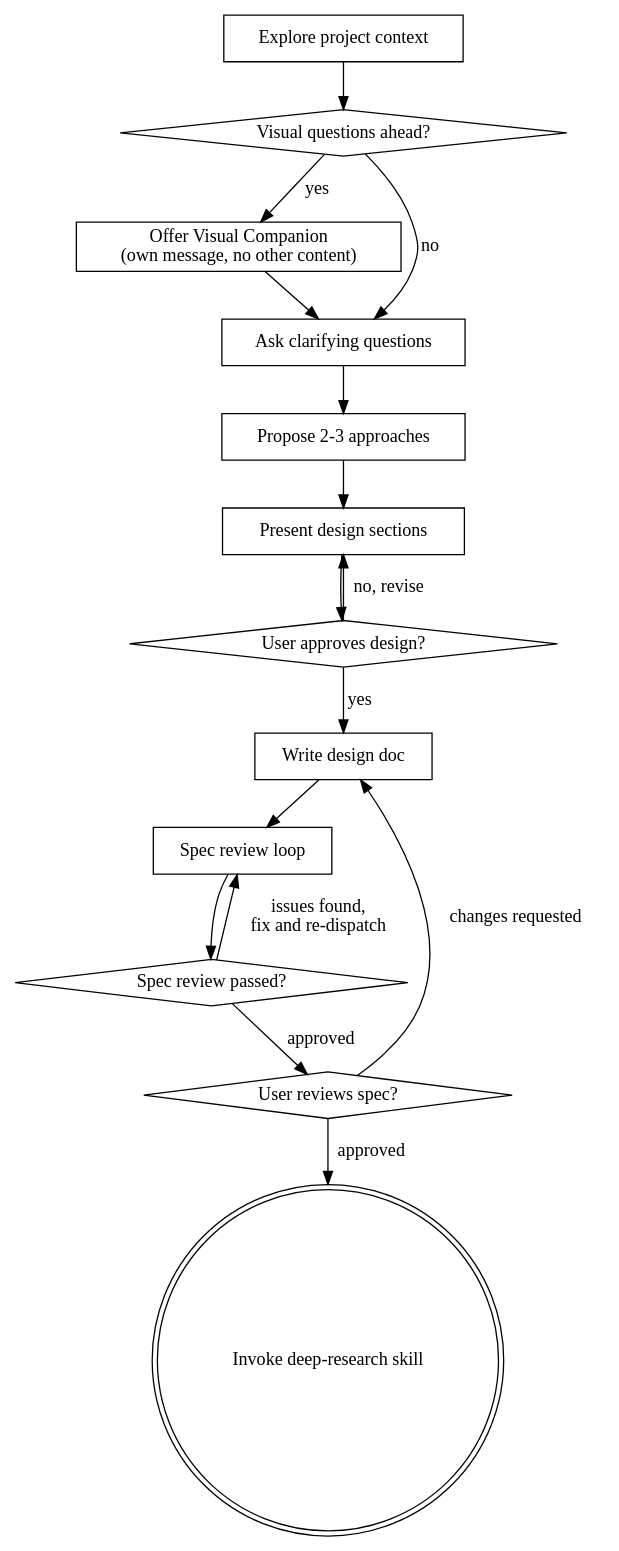
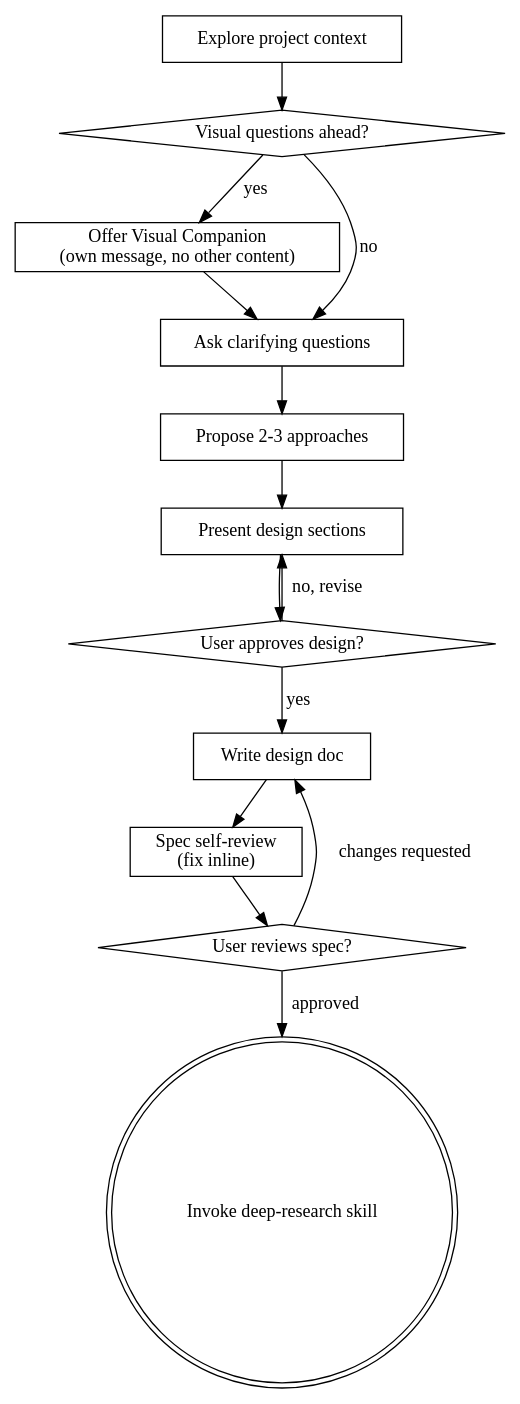
The diagram in skills/brainstorming/SKILL.md (obra/superpowers), drawn with Graphviz before and after one commit. The commit also changed other lines of this file and 1 other file, not shown here.

First line of the commit message:
Reapply "Replace subagent review loops with lightweight inline self-review"

````diff
--- a/skills/brainstorming/SKILL.md
+++ b/skills/brainstorming/SKILL.md
@@ -37,32 +37,29 @@
 ```dot
 digraph brainstorming {
     "Explore project context" [shape=box];
     "Visual questions ahead?" [shape=diamond];
     "Offer Visual Companion\n(own message, no other content)" [shape=box];
     "Ask clarifying questions" [shape=box];
     "Propose 2-3 approaches" [shape=box];
     "Present design sections" [shape=box];
     "User approves design?" [shape=diamond];
     "Write design doc" [shape=box];
-    "Spec review loop" [shape=box];
-    "Spec review passed?" [shape=diamond];
+    "Spec self-review\n(fix inline)" [shape=box];
     "User reviews spec?" [shape=diamond];
     "Invoke deep-research skill" [shape=doublecircle];
 
     "Explore project context" -> "Visual questions ahead?";
     "Visual questions ahead?" -> "Offer Visual Companion\n(own message, no other content)" [label="yes"];
     "Visual questions ahead?" -> "Ask clarifying questions" [label="no"];
     "Offer Visual Companion\n(own message, no other content)" -> "Ask clarifying questions";
     "Ask clarifying questions" -> "Propose 2-3 approaches";
     "Propose 2-3 approaches" -> "Present design sections";
     "Present design sections" -> "User approves design?";
     "User approves design?" -> "Present design sections" [label="no, revise"];
     "User approves design?" -> "Write design doc" [label="yes"];
-    "Write design doc" -> "Spec review loop";
-    "Spec review loop" -> "Spec review passed?";
-    "Spec review passed?" -> "Spec review loop" [label="issues found,\nfix and re-dispatch"];
-    "Spec review passed?" -> "User reviews spec?" [label="approved"];
+    "Write design doc" -> "Spec self-review\n(fix inline)";
+    "Spec self-review\n(fix inline)" -> "User reviews spec?";
     "User reviews spec?" -> "Write design doc" [label="changes requested"];
     "User reviews spec?" -> "Invoke deep-research skill" [label="approved"];
 }
 ```
````
